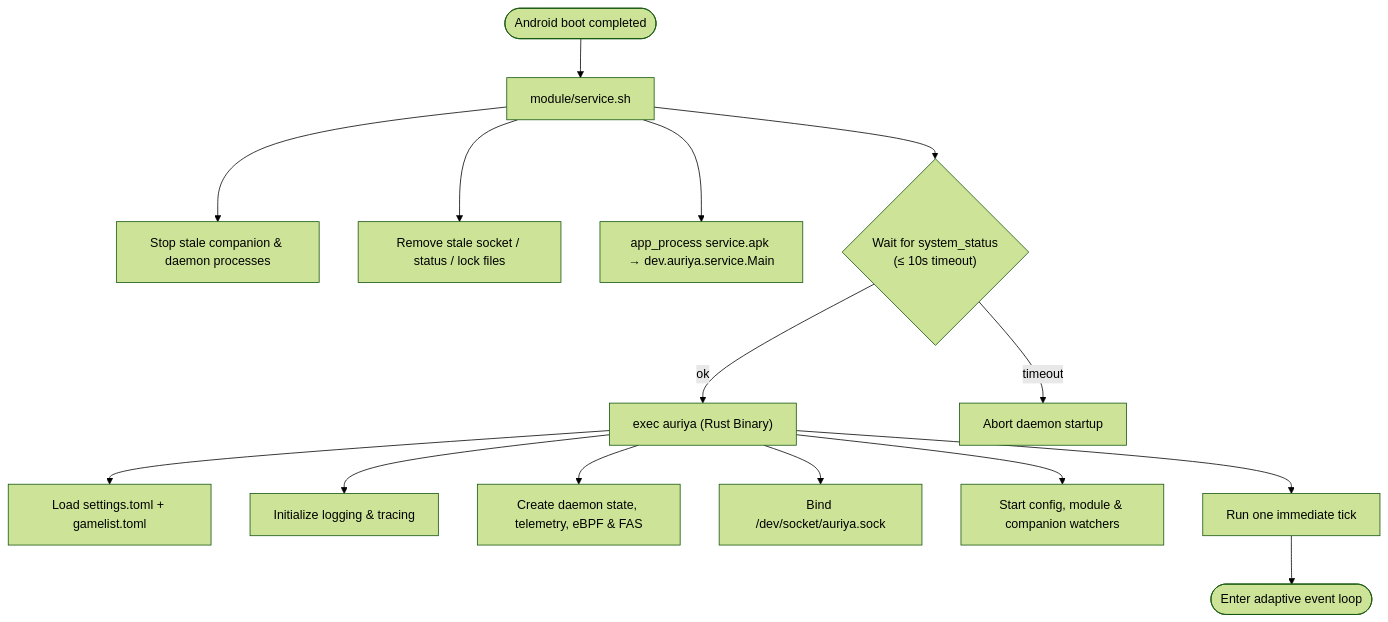
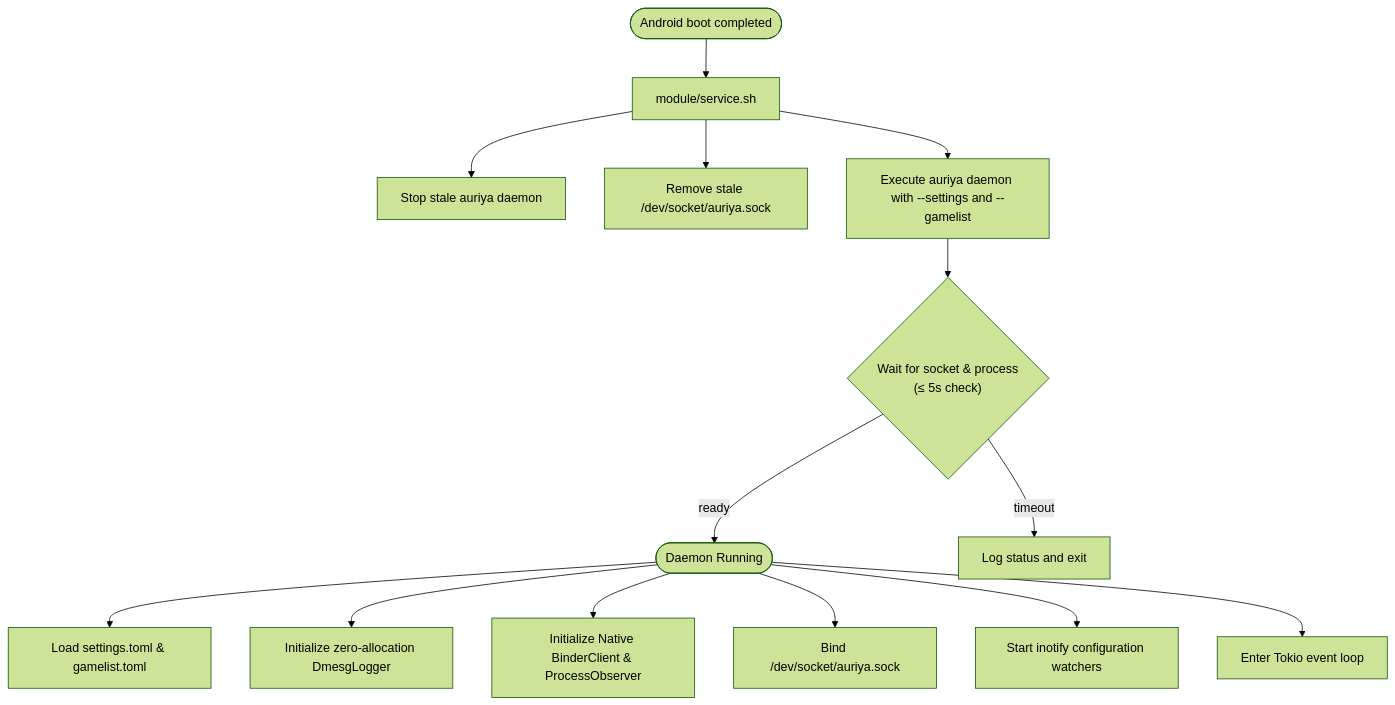
Before and after one commit to pavelc4/auriya-wiki: the second of 3 diagrams in src/content/docs/architecture/overview.md, drawn with Mermaid (forest theme). The commit also changed other lines of this file and 42 other files, not shown here.

Commit message:
docs: overhaul architecture documentation for v2.2.0 Native Binder IPC

````diff
--- a/src/content/docs/architecture/overview.md
+++ b/src/content/docs/architecture/overview.md
@@ -35,18 +37,17 @@
 ```mermaid
 flowchart TD
     boot([Android boot completed]) --> svc["module/service.sh"]
-    svc --> c1["Stop stale companion & daemon processes"]
-    svc --> c2["Remove stale socket / status / lock files"]
-    svc --> c3["app_process service.apk → dev.auriya.service.Main"]
-    svc --> c4{"Wait for system_status<br/>(≤ 10s timeout)"}
-    c4 -->|ok| daemon["exec auriya (Rust Binary)"]
-    c4 -->|timeout| abort["Abort daemon startup"]
+    svc --> c1["Stop stale auriya daemon"]
+    svc --> c2["Remove stale /dev/socket/auriya.sock"]
+    svc --> c3["Execute auriya daemon with --settings and --gamelist"]
+    c3 --> wait_ready{"Wait for socket & process<br/>(≤ 5s check)"}
+    wait_ready -->|ready| running([Daemon Running])
+    wait_ready -->|timeout| fallback["Log status and exit"]
 
-    daemon --> d1["Load settings.toml + gamelist.toml"]
-    daemon --> d2["Initialize logging & tracing"]
-    daemon --> d3["Create daemon state, telemetry, eBPF & FAS"]
-    daemon --> d4["Bind /dev/socket/auriya.sock"]
-    daemon --> d5["Start config, module & companion watchers"]
-    daemon --> d6["Run one immediate tick"]
-    d6 --> loop([Enter adaptive event loop])
+    running --> d1["Load settings.toml & gamelist.toml"]
+    running --> d2["Initialize zero-allocation DmesgLogger"]
+    running --> d3["Initialize Native BinderClient & ProcessObserver"]
+    running --> d4["Bind /dev/socket/auriya.sock"]
+    running --> d5["Start inotify configuration watchers"]
+    running --> d6["Enter Tokio event loop"]
 ```
````
